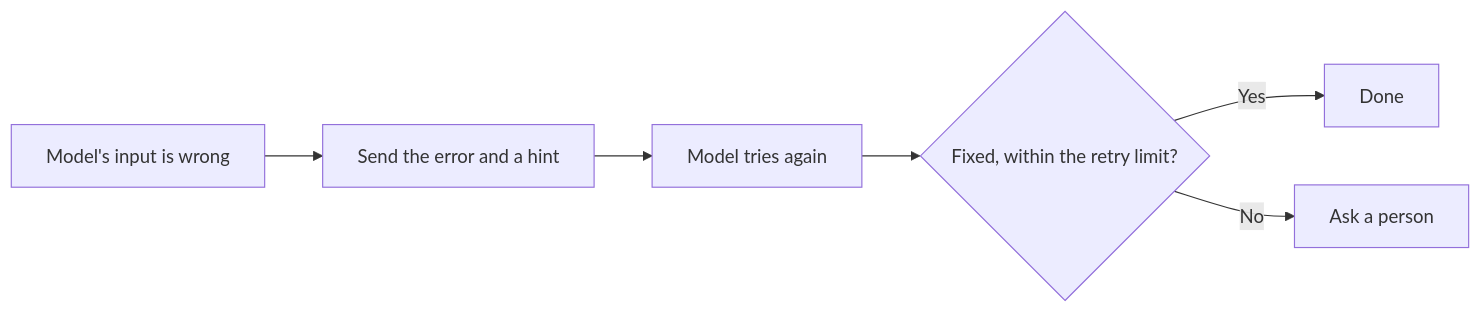
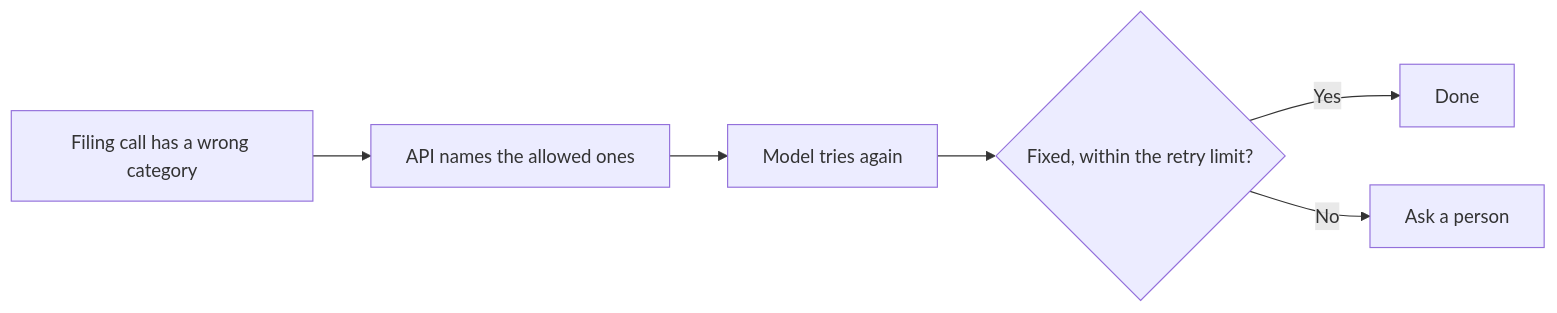
One commit to learnwithparam/agentic-ai-live-labs changed the diagram in docs/labs/16-error-feedback.md. Above: the diagram before and after it, drawn with Mermaid. The commit also changed other lines of this file and 44 other files, not shown here.

````diff
--- a/docs/labs/16-error-feedback.md
+++ b/docs/labs/16-error-feedback.md
@@ -7,8 +7,8 @@
 ```mermaid
 flowchart LR
-  A["Model's input is wrong"] --> B["Send the error and a hint"]
+  A["Filing call has a wrong category"] --> B["API names the allowed ones"]
   B --> C["Model tries again"]
   C --> D{"Fixed, within the retry limit?"}
   D -->|"Yes"| E["Done"]
   D -->|"No"| F["Ask a person"]
 ```
````
